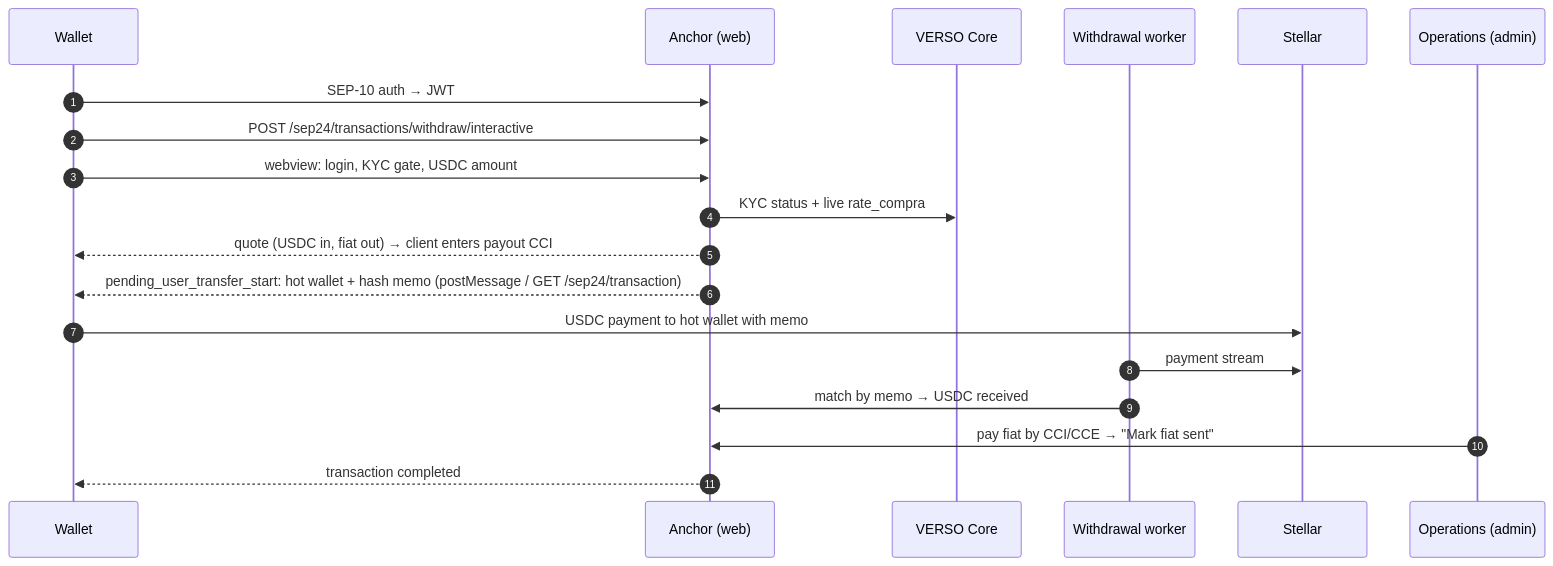
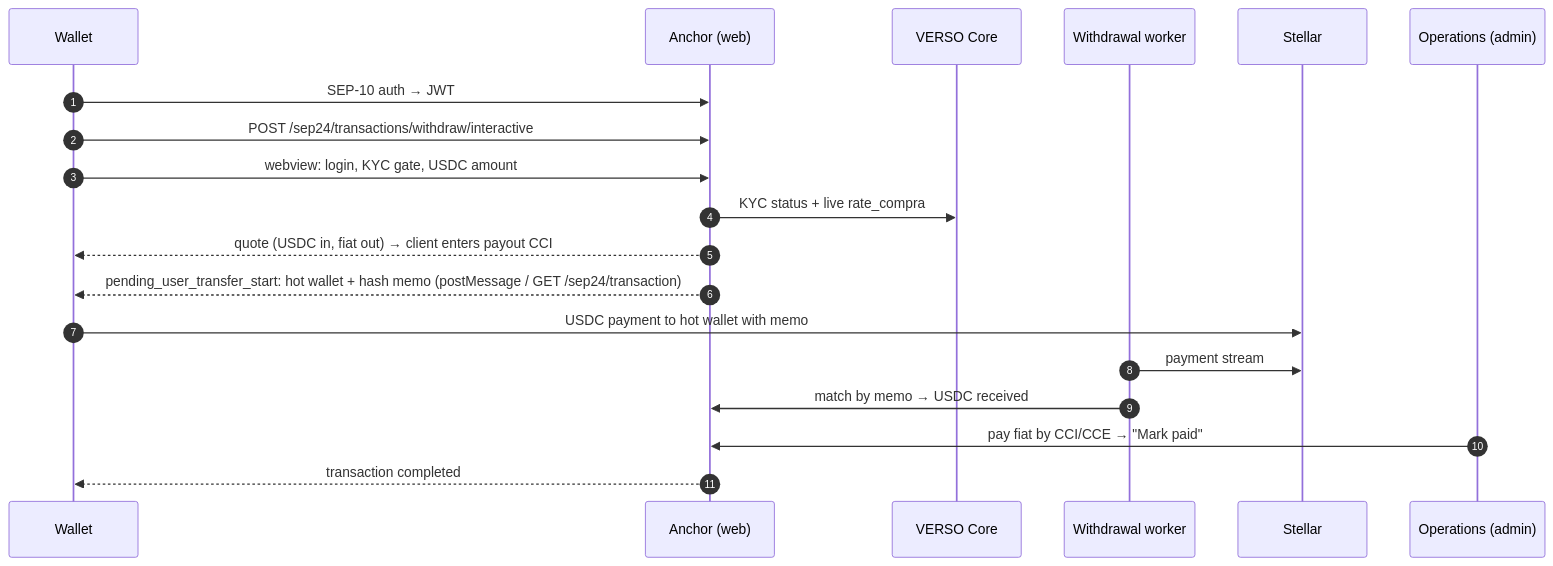
The third of 3 diagrams in docs/ARCHITECTURE.md (WildorAP/VERSO-SDF), drawn with Mermaid before and after one commit. The commit also changed other lines of this file and 10 other files, not shown here.

````diff
--- a/docs/ARCHITECTURE.md
+++ b/docs/ARCHITECTURE.md
@@ -143,22 +147,22 @@
 ```mermaid
 sequenceDiagram
     autonumber
     participant W as Wallet
     participant A as Anchor (web)
     participant C as VERSO Core
     participant R as Withdrawal worker
     participant S as Stellar
     participant O as Operations (admin)
 
     W->>A: SEP-10 auth → JWT
     W->>A: POST /sep24/transactions/withdraw/interactive
     W->>A: webview: login, KYC gate, USDC amount
     A->>C: KYC status + live rate_compra
     A-->>W: quote (USDC in, fiat out) → client enters payout CCI
     A-->>W: pending_user_transfer_start: hot wallet + hash memo (postMessage / GET /sep24/transaction)
     W->>S: USDC payment to hot wallet with memo
     R->>S: payment stream
     R->>A: match by memo → USDC received
-    O->>A: pay fiat by CCI/CCE → "Mark fiat sent"
+    O->>A: pay fiat by CCI/CCE → "Mark paid"
     A-->>W: transaction completed
 ```
````
